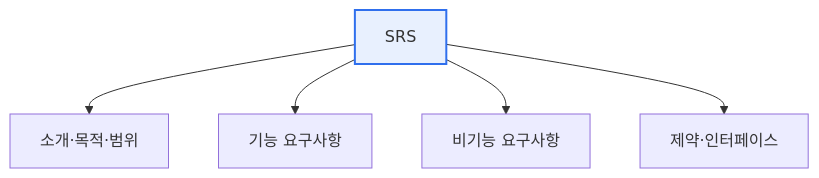
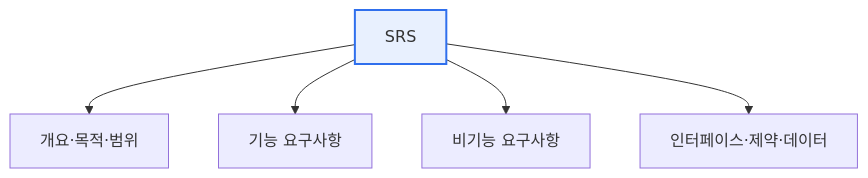
Before and after one commit to coninggu/wjdqhrhksflrltnftk: the diagram in content/requirements-specification.md, drawn with Mermaid. The commit also changed other lines of this file and 5 other files, not shown here.

````diff
--- a/content/requirements-specification.md
+++ b/content/requirements-specification.md
@@ -12,8 +15,8 @@
 ```mermaid
 flowchart TB
-  S[SRS] --> I[소개·목적·범위]
+  S[SRS] --> I[개요·목적·범위]
   S --> F[기능 요구사항]
   S --> N[비기능 요구사항]
-  S --> C[제약·인터페이스]
+  S --> C[인터페이스·제약·데이터]
   style S fill:#e8f0fe,stroke:#2f6fed,stroke-width:2px
 ```
````
